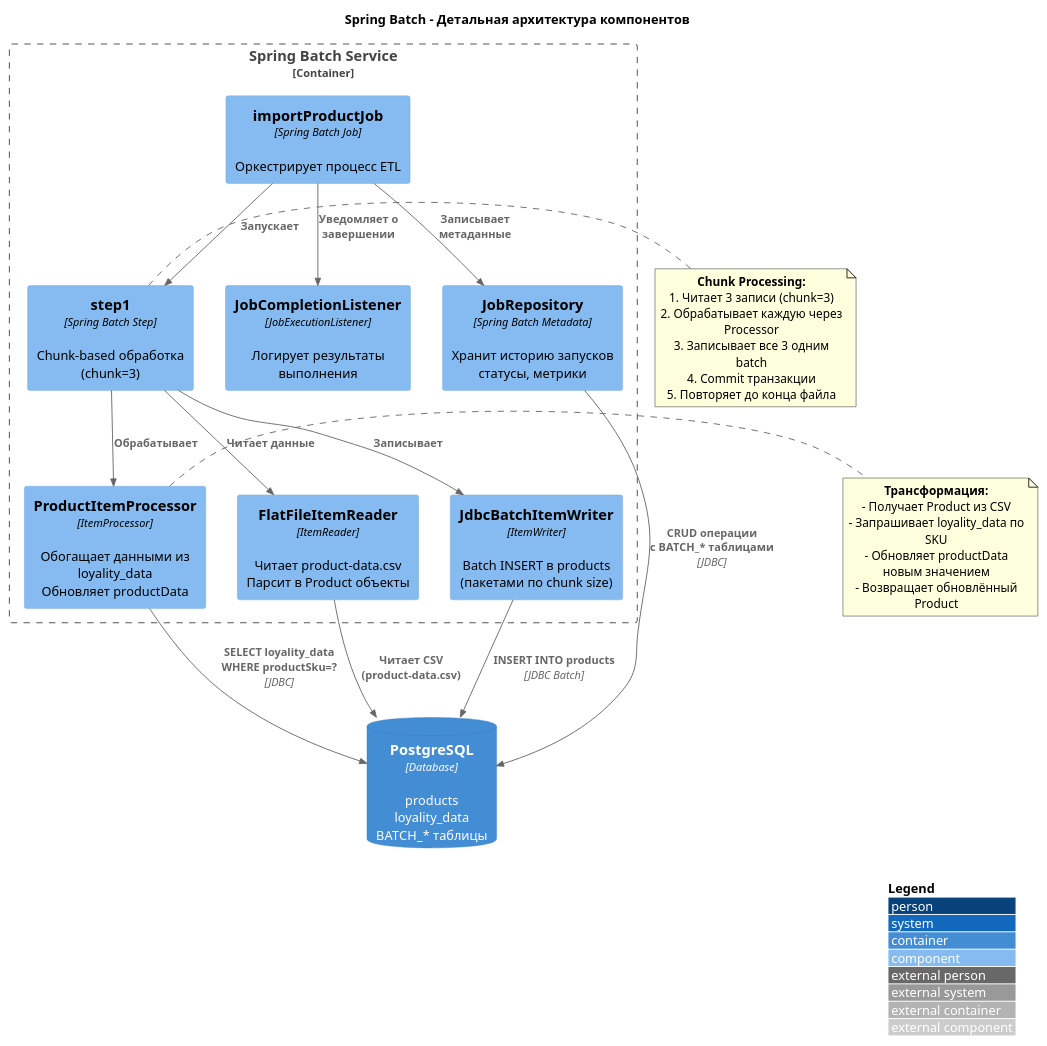
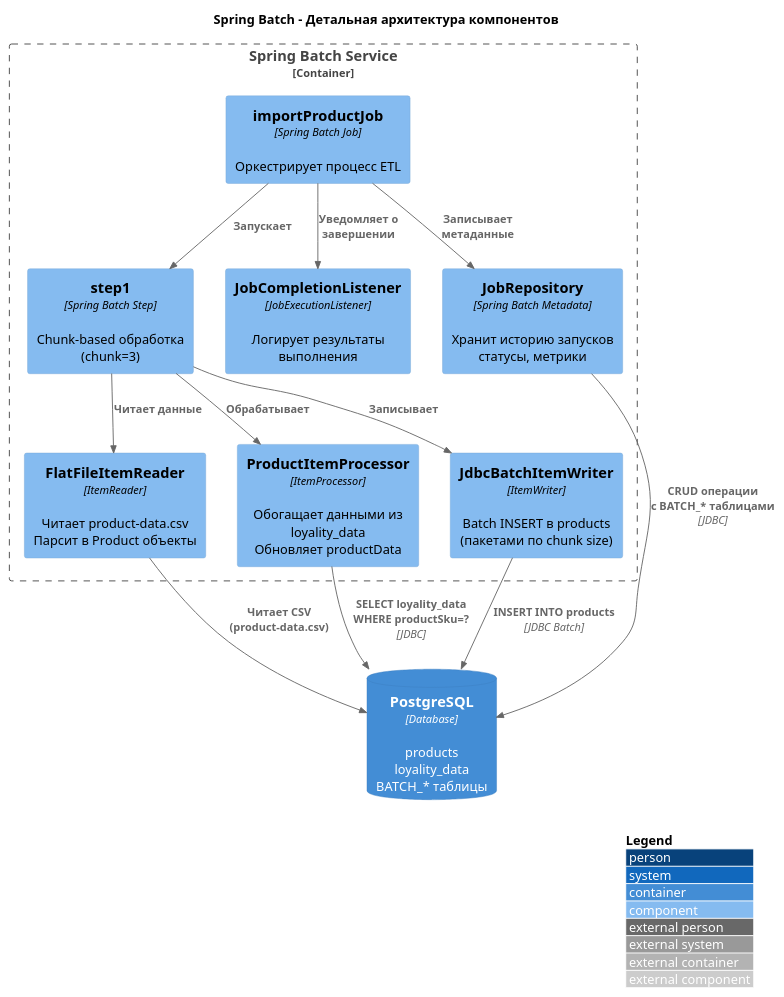
Before and after one commit to WowSoLaggy/msa-project-5: the diagram in task-4/results/spring-batch-components.puml, drawn with PlantUML. The commit also changed 7 other files, not shown here.

```diff
--- a/task-4/results/spring-batch-components.puml
+++ b/task-4/results/spring-batch-components.puml
@@ -1,52 +1,35 @@
 @startuml spring-batch-detailed
 !include https://raw.githubusercontent.com/plantuml-stdlib/C4-PlantUML/master/C4_Component.puml
 
 LAYOUT_WITH_LEGEND()
 
 title Spring Batch - Детальная архитектура компонентов
 
 Container_Boundary(batch_service, "Spring Batch Service") {
     Component(job, "importProductJob", "Spring Batch Job", "Оркестрирует процесс ETL")
     Component(step, "step1", "Spring Batch Step", "Chunk-based обработка (chunk=3)")
     
     Component(reader, "FlatFileItemReader", "ItemReader", "Читает product-data.csv\nПарсит в Product объекты")
     Component(processor, "ProductItemProcessor", "ItemProcessor", "Обогащает данными из loyality_data\nОбновляет productData")
     Component(writer, "JdbcBatchItemWriter", "ItemWriter", "Batch INSERT в products\n(пакетами по chunk size)")
     
     Component(listener, "JobCompletionListener", "JobExecutionListener", "Логирует результаты выполнения")
     Component(job_repo, "JobRepository", "Spring Batch Metadata", "Хранит историю запусков\nстатусы, метрики")
 }
 
 ContainerDb(postgres, "PostgreSQL", "Database", "products\nloyality_data\nBATCH_* таблицы")
 
 Rel(job, step, "Запускает")
 Rel(job, listener, "Уведомляет о завершении")
 Rel(job, job_repo, "Записывает метаданные")
 
 Rel(step, reader, "Читает данные")
 Rel(step, processor, "Обрабатывает")
 Rel(step, writer, "Записывает")
 
 Rel(reader, postgres, "Читает CSV\n(product-data.csv)")
 Rel(processor, postgres, "SELECT loyality_data\nWHERE productSku=?", "JDBC")
 Rel(writer, postgres, "INSERT INTO products", "JDBC Batch")
 Rel(job_repo, postgres, "CRUD операции\nс BATCH_* таблицами", "JDBC")
 
-note right of step
-  **Chunk Processing:**
-  1. Читает 3 записи (chunk=3)
-  2. Обрабатывает каждую через Processor
-  3. Записывает все 3 одним batch
-  4. Commit транзакции
-  5. Повторяет до конца файла
-end note
-
-note right of processor
-  **Трансформация:**
-  - Получает Product из CSV
-  - Запрашивает loyality_data по SKU
-  - Обновляет productData новым значением
-  - Возвращает обновлённый Product
-end note
-
 @enduml
```
